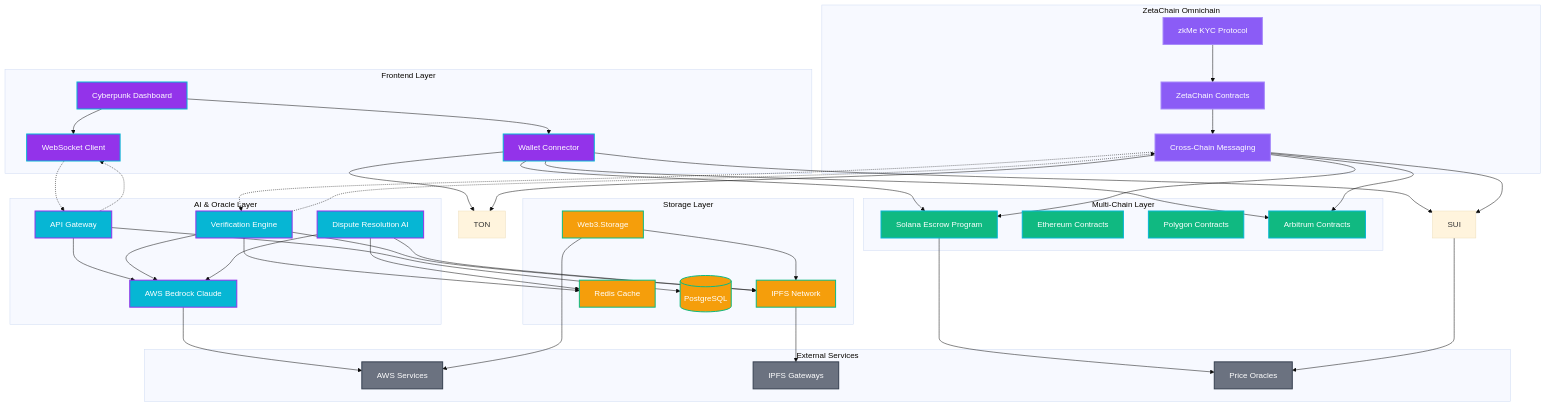
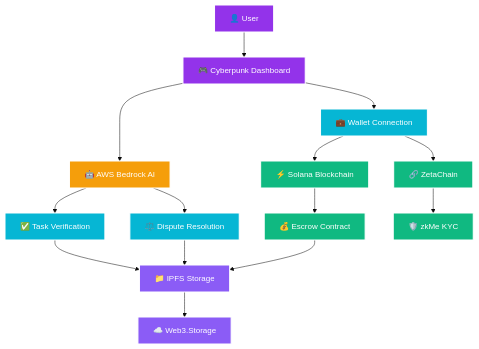
The diagram in design/architecture.mdx (De-real-iManuel/aetherlock-docs), drawn with Mermaid (base theme) before and after one commit. The commit also changed other lines of this file, not shown here.

Commit message:
Simplify architecture for better understanding

````diff
--- a/design/architecture.mdx
+++ b/design/architecture.mdx
@@ -5,99 +9,33 @@
 ```mermaid
-graph TB
-    subgraph "Frontend Layer"
-        UI[Cyberpunk Dashboard]
-        WC[Wallet Connector]
-        WS[WebSocket Client]
-    end
+flowchart TD
+    User[👤 User] --> Dashboard[🎮 Cyberpunk Dashboard]
+    Dashboard --> Wallet[💼 Wallet Connection]
     
-    subgraph "ZetaChain Omnichain"
-        ZC[ZetaChain Contracts]
-        zkMe[zkMe KYC Protocol]
-        CCM[Cross-Chain Messaging]
-    end
+    Wallet --> Solana[⚡ Solana Blockchain]
+    Wallet --> ZetaChain[🔗 ZetaChain]
     
-    subgraph "Multi-Chain Layer"
-        SOL[Solana Escrow Program]
-        ETH[Ethereum Contracts]
-        POLY[Polygon Contracts]
-        ARB[Arbitrum Contracts]
-    end
+    Dashboard --> AI[🤖 AWS Bedrock AI]
+    AI --> Verify[✅ Task Verification]
+    AI --> Dispute[⚖️ Dispute Resolution]
     
-    subgraph "AI & Oracle Layer"
-        BR[AWS Bedrock Claude]
-        VE[Verification Engine]
-        DR[Dispute Resolution AI]
-        API[API Gateway]
-    end
+    Solana --> Escrow[💰 Escrow Contract]
+    ZetaChain --> KYC[🛡️ zkMe KYC]
     
-    subgraph "Storage Layer"
-        IPFS[IPFS Network]
-        W3S[Web3.Storage]
-        CACHE[Redis Cache]
-        DB[(PostgreSQL)]
-    end
+    Verify --> IPFS[📁 IPFS Storage]
+    Dispute --> IPFS
+    Escrow --> IPFS
     
-    subgraph "External Services"
-        AWS[AWS Services]
-        GATEWAYS[IPFS Gateways]
-        ORACLES[Price Oracles]
-    end
-
-    %% Frontend connections
-    UI --> WC
-    UI --> WS
-    WC --> SOL
-    WC --> SUI
-    WC --> TON
-    WC --> ARB
+    IPFS --> Web3Storage[☁️ Web3.Storage]
     
-    %% ZetaChain connections
-    ZC --> CCM
-    zkMe --> ZC
-    CCM --> SOL
-    CCM --> SUI
-    CCM --> TON
-    CCM --> ARB
+    classDef user fill:#9333ea,stroke:#fff,stroke-width:2px,color:#fff
+    classDef frontend fill:#06b6d4,stroke:#fff,stroke-width:2px,color:#fff
+    classDef blockchain fill:#10b981,stroke:#fff,stroke-width:2px,color:#fff
+    classDef ai fill:#f59e0b,stroke:#fff,stroke-width:2px,color:#fff
+    classDef storage fill:#8b5cf6,stroke:#fff,stroke-width:2px,color:#fff
     
-    %% AI Layer connections
-    API --> BR
-    VE --> BR
-    DR --> BR
-    VE --> IPFS
-    DR --> IPFS
-    
-    %% Storage connections
-    W3S --> IPFS
-    IPFS --> GATEWAYS
-    VE --> CACHE
-    DR --> CACHE
-    API --> DB
-    
-    %% External connections
-    BR --> AWS
-    W3S --> AWS
-    SOL --> ORACLES
-    SUI --> ORACLES
-    
-    %% WebSocket connections
-    WS -.-> API
-    API -.-> WS
-    
-    %% Cross-chain messaging
-    CCM -.-> VE
-    VE -.-> CCM
-
-    classDef frontend fill:#9333ea,stroke:#06b6d4,stroke-width:2px,color:#fff
-    classDef blockchain fill:#10b981,stroke:#06b6d4,stroke-width:2px,color:#fff
-    classDef ai fill:#06b6d4,stroke:#9333ea,stroke-width:2px,color:#fff
-    classDef storage fill:#f59e0b,stroke:#10b981,stroke-width:2px,color:#fff
-    classDef external fill:#6b7280,stroke:#374151,stroke-width:2px,color:#fff
-    classDef omnichain fill:#8b5cf6,stroke:#a78bfa,stroke-width:2px,color:#fff
-
-    class UI,WC,WS frontend
-    class SOL,ETH,POLY,ARB blockchain
-    class BR,VE,DR,API ai
-    class IPFS,W3S,CACHE,DB storage
-    class AWS,GATEWAYS,ORACLES external
-    class ZC,zkMe,CCM omnichain
+    class User,Dashboard user
+    class Wallet,Verify,Dispute frontend
+    class Solana,ZetaChain,Escrow,KYC blockchain
+    class AI ai
+    class IPFS,Web3Storage storage
 ```
````
